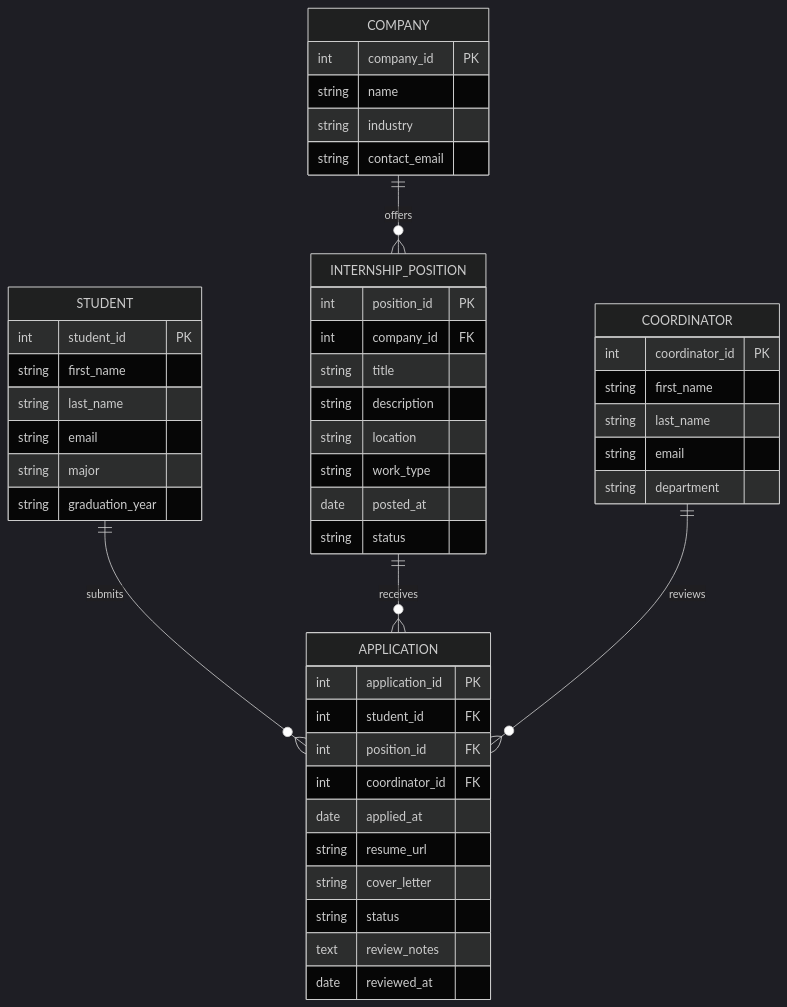
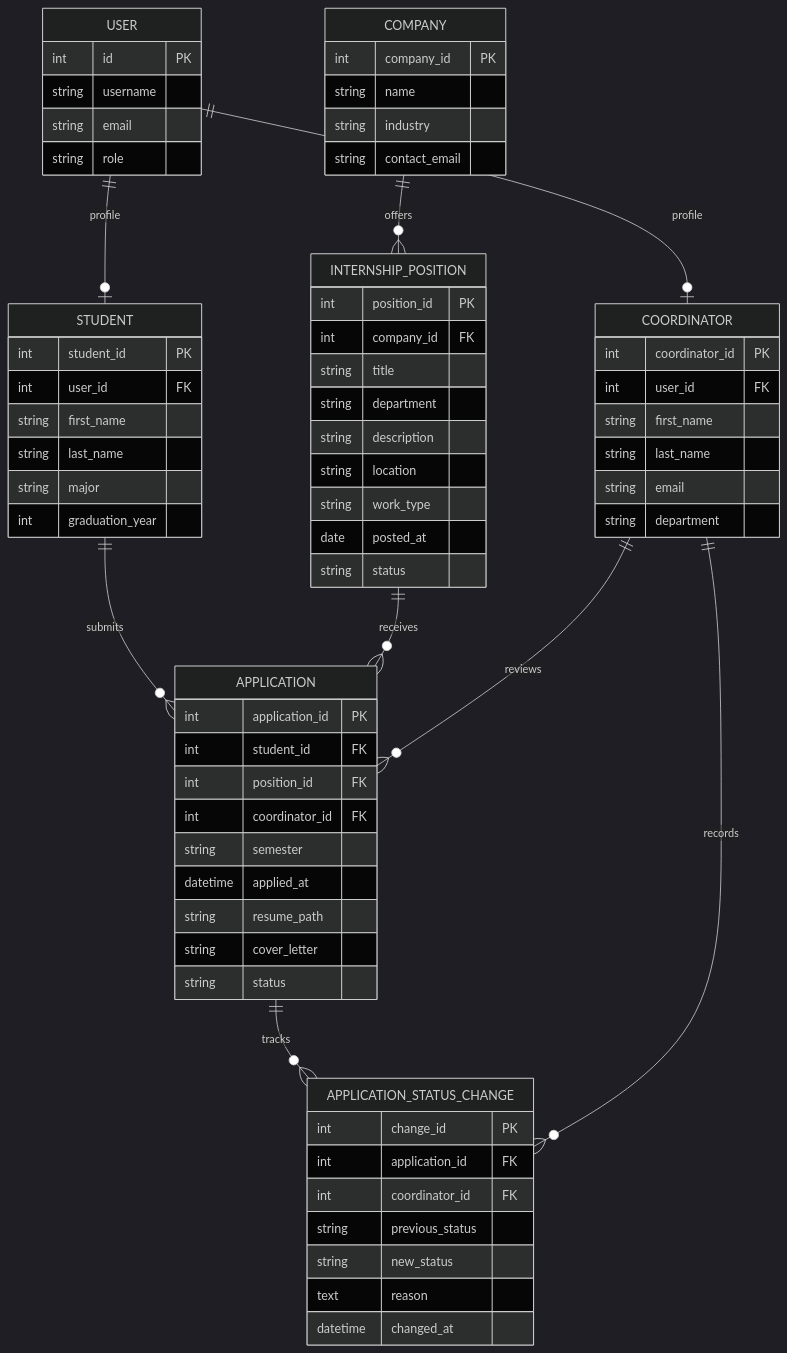
Before and after one commit to cris24TT/Comp3613A1: the diagram in docs/report.md, drawn with Mermaid (dark theme). The commit also changed other lines of this file and 25 other files, not shown here.

Commit message:
Phase 5: review status changes and history

````diff
--- a/docs/report.md
+++ b/docs/report.md
@@ -70,55 +83,77 @@
 ```mermaid
 erDiagram
+    USER ||--o| STUDENT : profile
+    USER ||--o| COORDINATOR : profile
     STUDENT ||--o{ APPLICATION : submits
     COMPANY ||--o{ INTERNSHIP_POSITION : offers
     INTERNSHIP_POSITION ||--o{ APPLICATION : receives
     COORDINATOR ||--o{ APPLICATION : reviews
+    APPLICATION ||--o{ APPLICATION_STATUS_CHANGE : tracks
+    COORDINATOR ||--o{ APPLICATION_STATUS_CHANGE : records
+
+    USER {
+      int id PK
+      string username
+      string email
+      string role
+    }
 
     STUDENT {
         int student_id PK
+      int user_id FK
         string first_name
         string last_name
-        string email
         string major
-        string graduation_year
+        int graduation_year
     }
 
     COMPANY {
         int company_id PK
         string name
         string industry
         string contact_email
     }
 
     INTERNSHIP_POSITION {
         int position_id PK
         int company_id FK
         string title
+        string department
         string description
         string location
         string work_type
         date posted_at
         string status
     }
 
     COORDINATOR {
         int coordinator_id PK
+      int user_id FK
         string first_name
         string last_name
         string email
         string department
     }
 
     APPLICATION {
         int application_id PK
         int student_id FK
         int position_id FK
         int coordinator_id FK
-        date applied_at
-        string resume_url
+        string semester
+        datetime applied_at
+        string resume_path
         string cover_letter
         string status
-        text review_notes
-        date reviewed_at
+    }
+
+    APPLICATION_STATUS_CHANGE {
+        int change_id PK
+        int application_id FK
+        int coordinator_id FK
+        string previous_status
+        string new_status
+        text reason
+        datetime changed_at
     }
 ```
````
